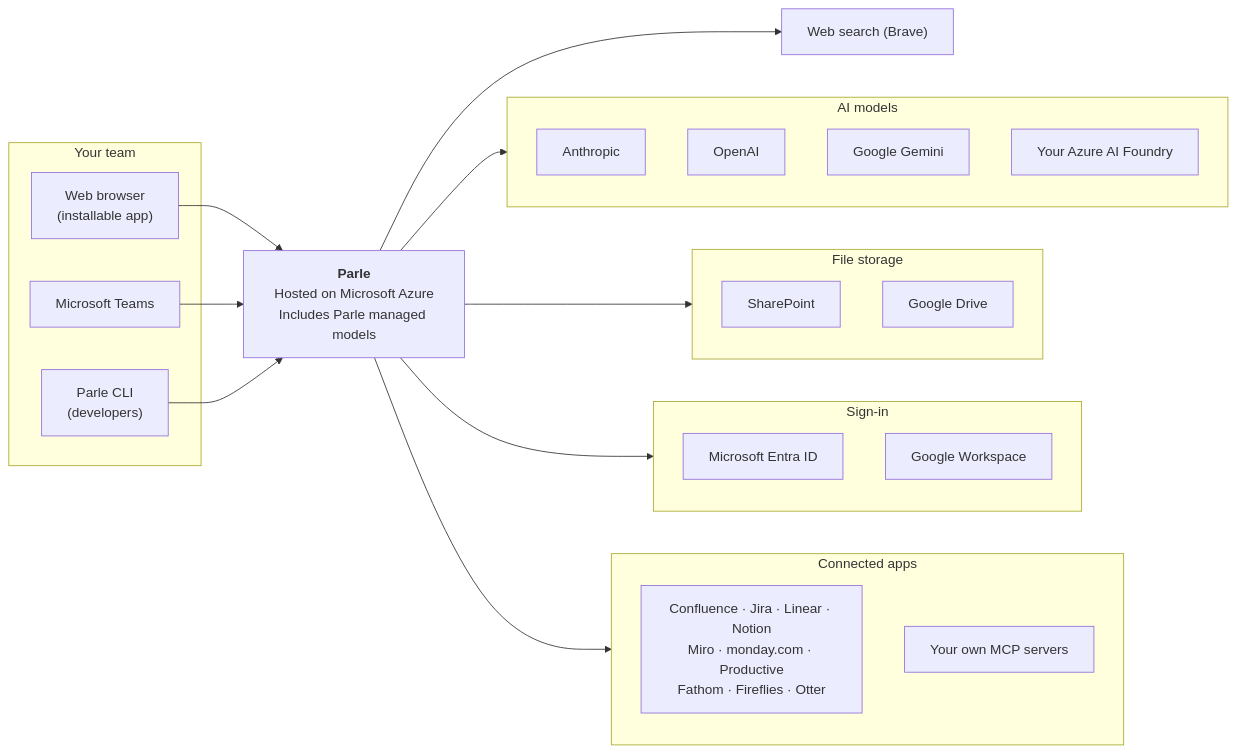
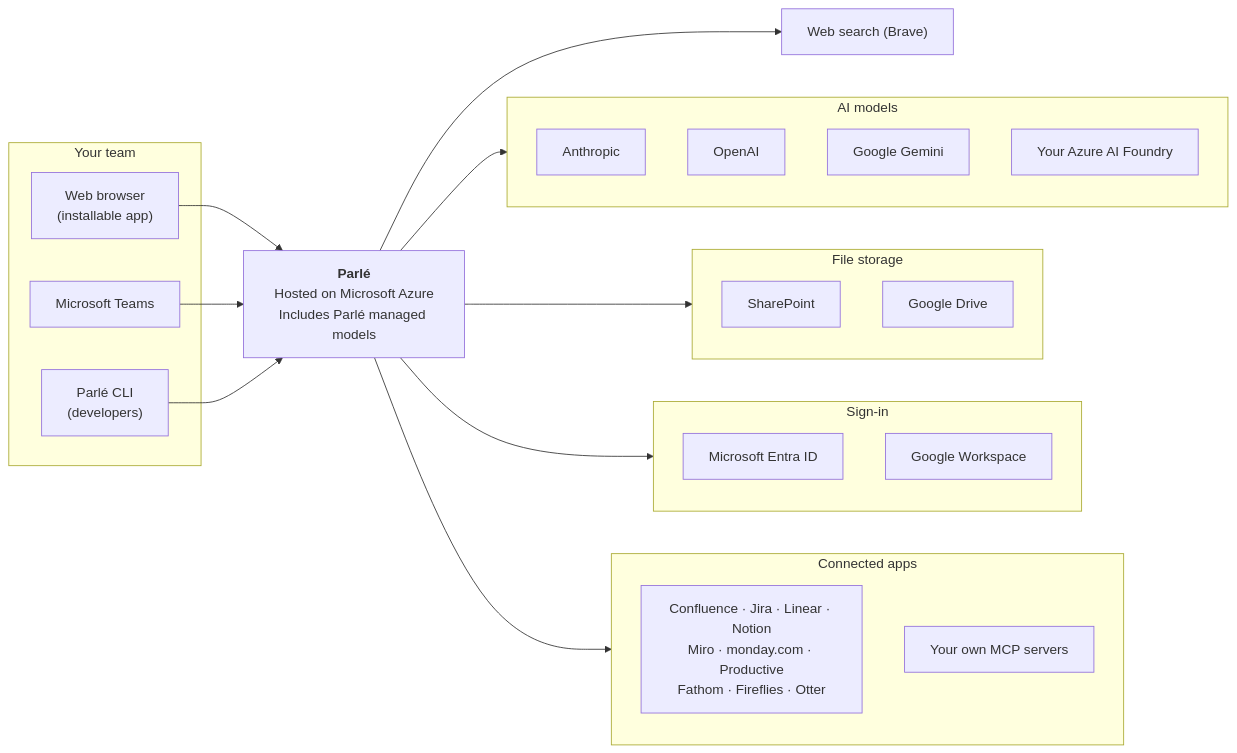
Before and after one commit to parlehub/docs: the diagram in architecture/overview.mdx, drawn with Mermaid. The commit also changed other lines of this file and 48 other files, not shown here.

Commit message:
renamed parle to parlé

````diff
--- a/architecture/overview.mdx
+++ b/architecture/overview.mdx
@@ -10,43 +10,43 @@
 ```mermaid
 flowchart LR
   subgraph people["Your team"]
     web["Web browser<br/>(installable app)"]
     teams["Microsoft Teams"]
-    cli["Parle CLI<br/>(developers)"]
+    cli["Parlé CLI<br/>(developers)"]
   end
 
-  parle["<b>Parle</b><br/>Hosted on Microsoft Azure<br/>Includes Parle managed models"]
+  parle["<b>Parlé</b><br/>Hosted on Microsoft Azure<br/>Includes Parlé managed models"]
 
   subgraph models["AI models"]
     anthropic["Anthropic"]
     openai["OpenAI"]
     google["Google Gemini"]
     foundry["Your Azure AI Foundry"]
   end
 
   subgraph storage["File storage"]
     sp["SharePoint"]
     drive["Google Drive"]
   end
 
   subgraph identity["Sign-in"]
     entra["Microsoft Entra ID"]
     gws["Google Workspace"]
   end
 
   subgraph apps["Connected apps"]
     catalog["Confluence · Jira · Linear · Notion<br/>Miro · monday.com · Productive<br/>Fathom · Fireflies · Otter"]
     custom["Your own MCP servers"]
   end
 
   search["Web search (Brave)"]
 
   web --> parle
   teams --> parle
   cli --> parle
   parle --> models
   parle --> storage
   parle --> identity
   parle --> apps
   parle --> search
 ```
````
